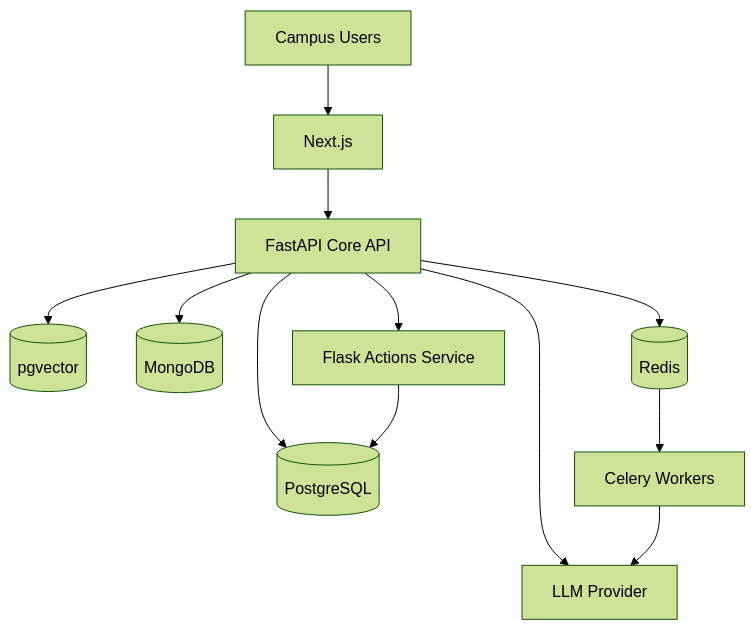
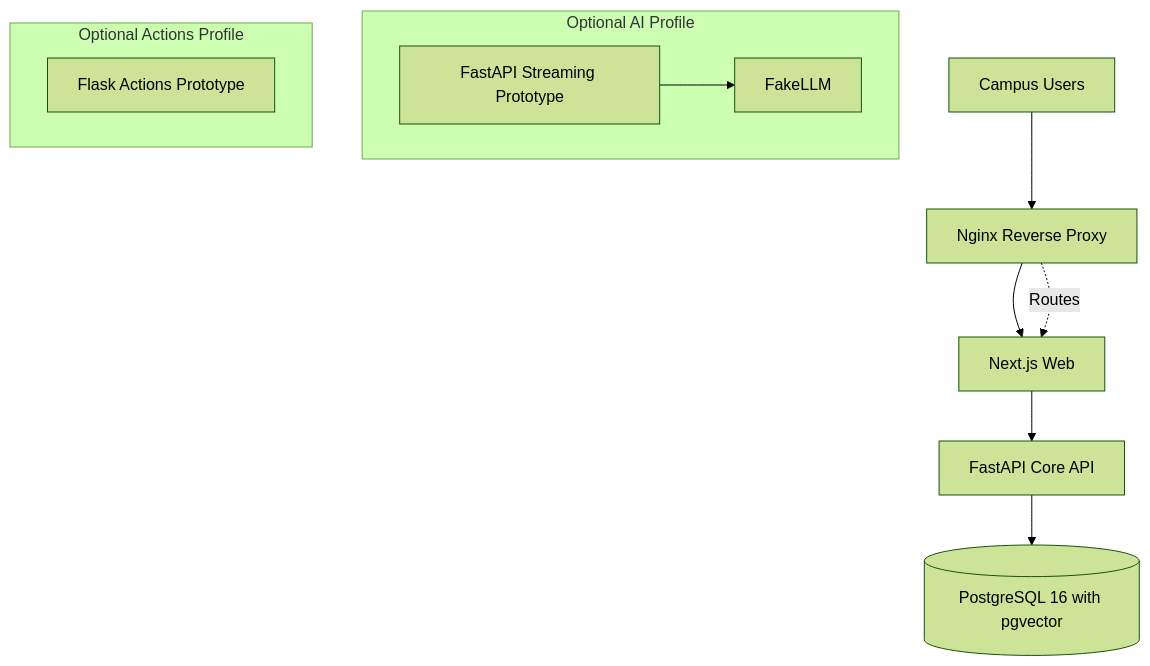
One commit to ranafathimapunnol-cyber/kitchen-copilot changed the diagram in docs/diagrams/ARCHITECTURE.md. Above: the diagram before and after it, drawn with Mermaid (forest theme). The commit also changed other lines of this file and 36 other files, not shown here.

````diff
--- a/docs/diagrams/ARCHITECTURE.md
+++ b/docs/diagrams/ARCHITECTURE.md
@@ -3,14 +7,18 @@
 ```mermaid
 flowchart TD
-    U[Campus Users] --> WEB[Next.js]
+    U[Campus Users] --> NGINX[Nginx Reverse Proxy]
+    NGINX --> WEB[Next.js Web]
     WEB --> API[FastAPI Core API]
-    API --> DB[(PostgreSQL)]
-    API --> V[(pgvector)]
-    API --> M[(MongoDB)]
-    API --> R[(Redis)]
-    R --> C[Celery Workers]
-    API --> L[LLM Provider]
-    C --> L
-    API --> A[Flask Actions Service]
-    A --> DB
+    API --> DB[(PostgreSQL 16 with pgvector)]
+
+    subgraph AI["Optional AI Profile"]
+        AIS[FastAPI Streaming Prototype]
+        AIS --> FAKE[FakeLLM]
+    end
+
+    subgraph ACTIONS["Optional Actions Profile"]
+        ACT[Flask Actions Prototype]
+    end
+
+    NGINX -. Routes .-> WEB
 ```
````
